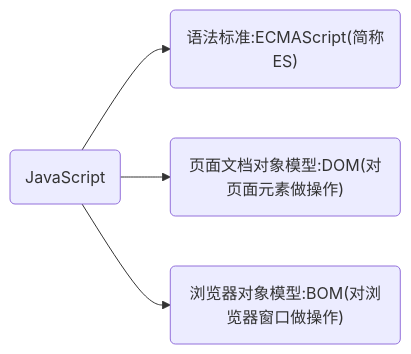
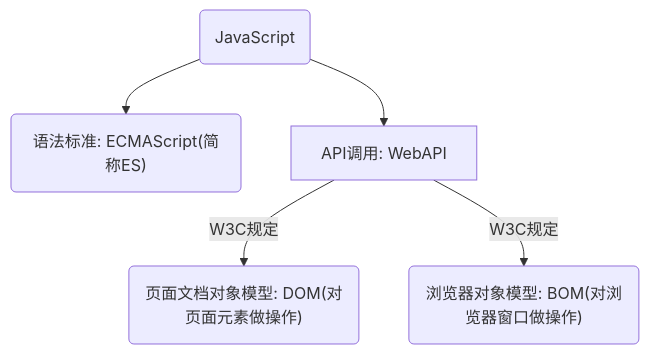
One commit to xiaogithubooo/LimouLearnNote changed the diagram in Web_Design_Note/JS/001+limou+2024_03_21+JS基础.md. Above: the diagram before and after it, drawn with Mermaid. The commit also changed other lines of this file and 3 other files, not shown here.

````diff
--- a/Web_Design_Note/JS/001+limou+2024_03_21+JS基础.md
+++ b/Web_Design_Note/JS/001+limou+2024_03_21+JS基础.md
@@ -38,9 +38,12 @@
 ```mermaid
-flowchart LR
+flowchart TD
 JS("JavaScript")
-ECMAScript("语法标准:ECMAScript(简称ES)")
-DOM("页面文档对象模型:DOM(对页面元素做操作)")
-BOM("浏览器对象模型:BOM(对浏览器窗口做操作)")
+ECMAScript("语法标准: ECMAScript(简称ES)")
+DOM("页面文档对象模型: DOM(对页面元素做操作)")
+BOM("浏览器对象模型: BOM(对浏览器窗口做操作)")
 
-JS --> ECMAScript & DOM & BOM
+JS --> ECMAScript
+JS --> WebAPI["API调用: WebAPI"]
+WebAPI -->|"W3C规定"| DOM
+WebAPI -->|"W3C规定"| BOM
 ```
````
